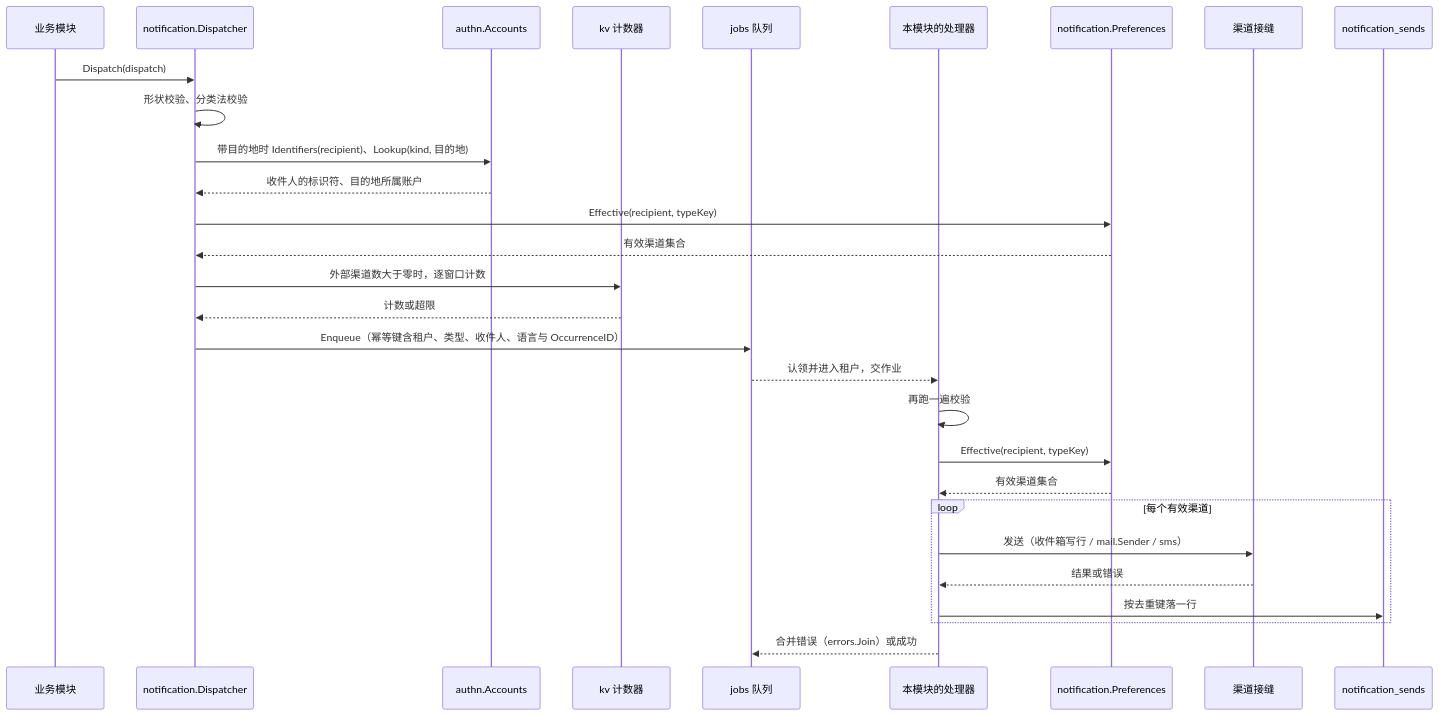
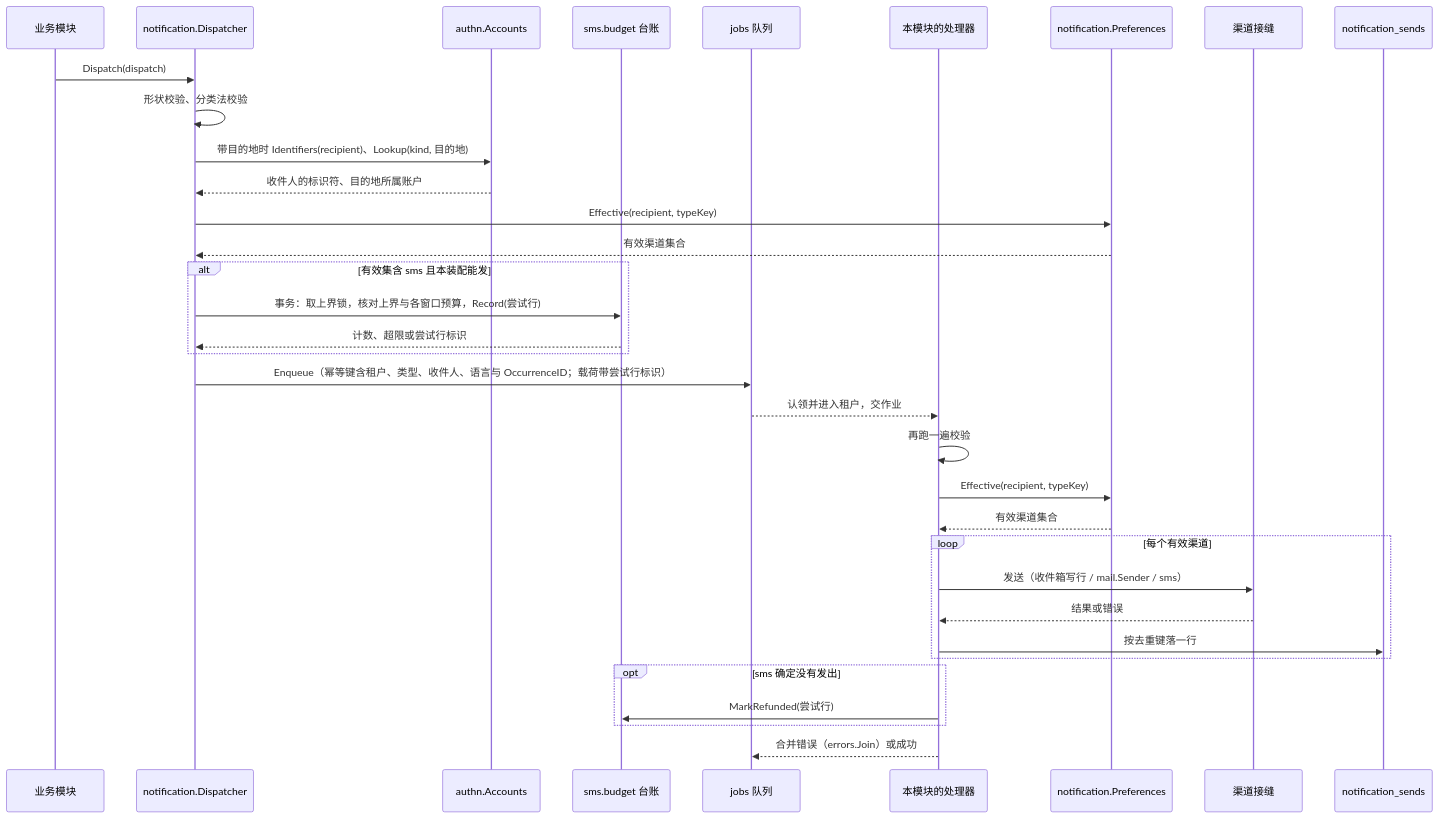
One commit to wangzw/speed changed the first of 2 diagrams in docs/design/modules/notification/design-notification-delivery.md. Above: the diagram before and after it, drawn with Mermaid. The commit also changed other lines of this file and 19 other files, not shown here.

First line of the commit message:
docs(repo): record the SMS abuse redesign

````diff
--- a/docs/design/modules/notification/design-notification-delivery.md
+++ b/docs/design/modules/notification/design-notification-delivery.md
@@ -58,32 +59,37 @@
 ```mermaid
 sequenceDiagram
     participant P as 业务模块
     participant D as notification.Dispatcher
     participant A as authn.Accounts
-    participant K as kv 计数器
+    participant B as sms.budget 台账
     participant Q as jobs 队列
     participant H as 本模块的处理器
     participant R as notification.Preferences
     participant S as 渠道接缝
     participant L as notification_sends
 
     P->>D: Dispatch(dispatch)
     D->>D: 形状校验、分类法校验
     D->>A: 带目的地时 Identifiers(recipient)、Lookup(kind, 目的地)
     A-->>D: 收件人的标识符、目的地所属账户
     D->>R: Effective(recipient, typeKey)
     R-->>D: 有效渠道集合
-    D->>K: 外部渠道数大于零时，逐窗口计数
-    K-->>D: 计数或超限
-    D->>Q: Enqueue（幂等键含租户、类型、收件人、语言与 OccurrenceID）
+    alt 有效集含 sms 且本装配能发
+        D->>B: 事务：取上界锁，核对上界与各窗口预算，Record(尝试行)
+        B-->>D: 计数、超限或尝试行标识
+    end
+    D->>Q: Enqueue（幂等键含租户、类型、收件人、语言与 OccurrenceID；载荷带尝试行标识）
     Q-->>H: 认领并进入租户，交作业
     H->>H: 再跑一遍校验
     H->>R: Effective(recipient, typeKey)
     R-->>H: 有效渠道集合
     loop 每个有效渠道
         H->>S: 发送（收件箱写行 / mail.Sender / sms）
         S-->>H: 结果或错误
         H->>L: 按去重键落一行
     end
+    opt sms 确定没有发出
+        H->>B: MarkRefunded(尝试行)
+    end
     H-->>Q: 合并错误（errors.Join）或成功
 ```
````
